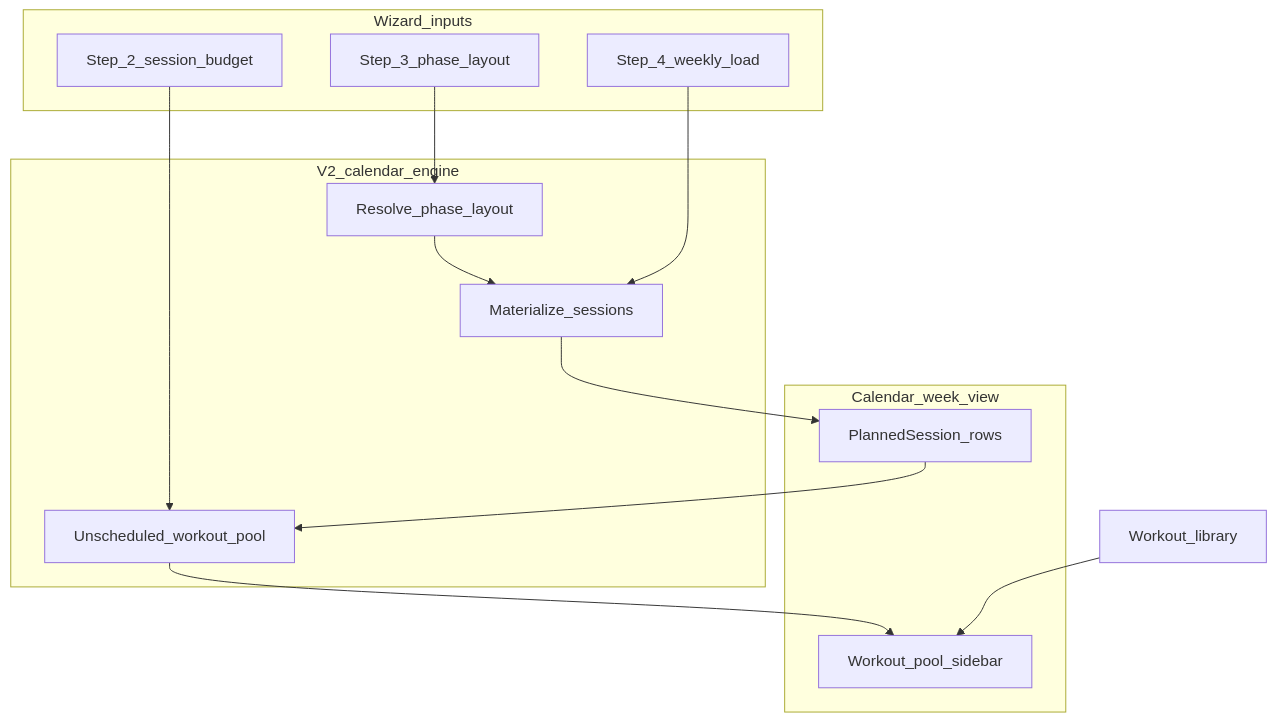
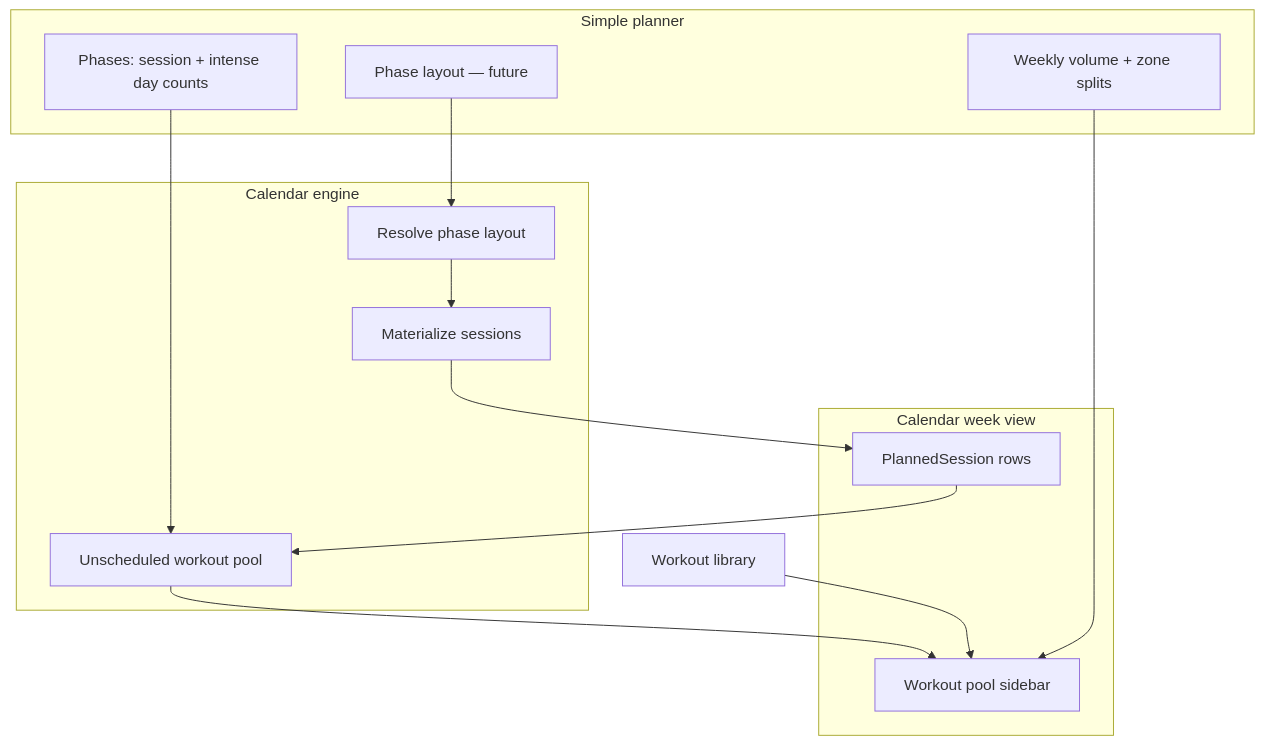
One commit to pjohncooper-star/tiz changed the diagram in docs/plan-wizard-weekly-template-strategy.md. Above: the diagram before and after it, drawn with Mermaid. The commit also changed other lines of this file and 5 other files, not shown here.

````diff
--- a/docs/plan-wizard-weekly-template-strategy.md
+++ b/docs/plan-wizard-weekly-template-strategy.md
@@ -41,25 +39,25 @@
 ```mermaid
 flowchart TB
-  subgraph inputs [Wizard_inputs]
-    S2[Step_2_session_budget]
-    S3[Step_3_phase_layout]
-    S4[Step_4_weekly_load]
+  subgraph inputs [Simple planner]
+    S1[Phases: session + intense day counts]
+    S2[Phase layout — future]
+    S3[Weekly volume + zone splits]
   end
-  subgraph engine [V2_calendar_engine]
-    LAYOUT[Resolve_phase_layout]
-    MAT[Materialize_sessions]
-    GAP[Unscheduled_workout_pool]
+  subgraph engine [Calendar engine]
+    LAYOUT[Resolve phase layout]
+    MAT[Materialize sessions]
+    GAP[Unscheduled workout pool]
   end
-  subgraph output [Calendar_week_view]
-    PS[PlannedSession_rows]
-    POOL[Workout_pool_sidebar]
+  subgraph output [Calendar week view]
+    PS[PlannedSession rows]
+    POOL[Workout pool sidebar]
   end
-  S3 --> LAYOUT
+  S1 --> GAP
+  S2 --> LAYOUT
   LAYOUT --> MAT
   MAT --> PS
-  S2 --> GAP
   PS --> GAP
   GAP --> POOL
-  LIB[Workout_library] --> POOL
-  S4 --> MAT
+  LIB[Workout library] --> POOL
+  S3 --> POOL
 ```
````
